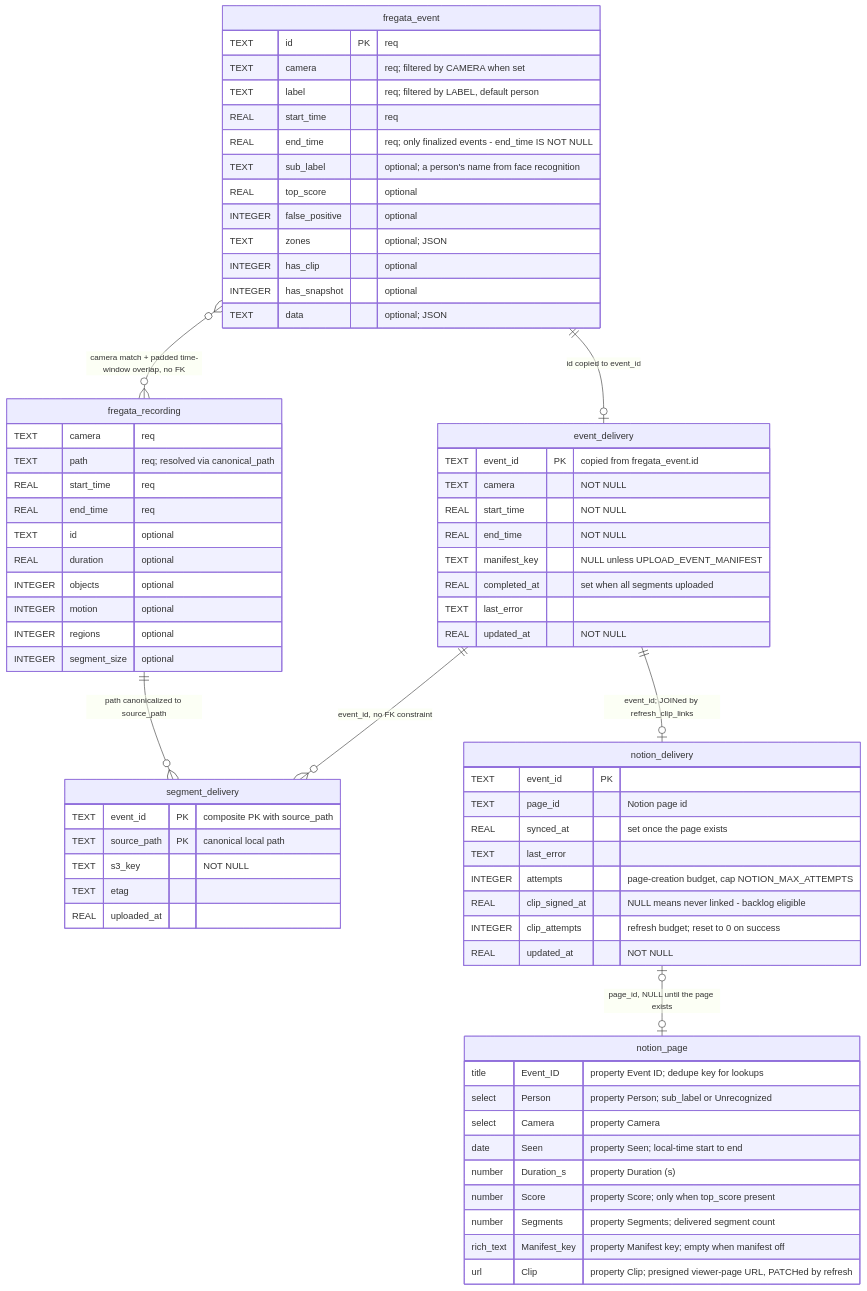
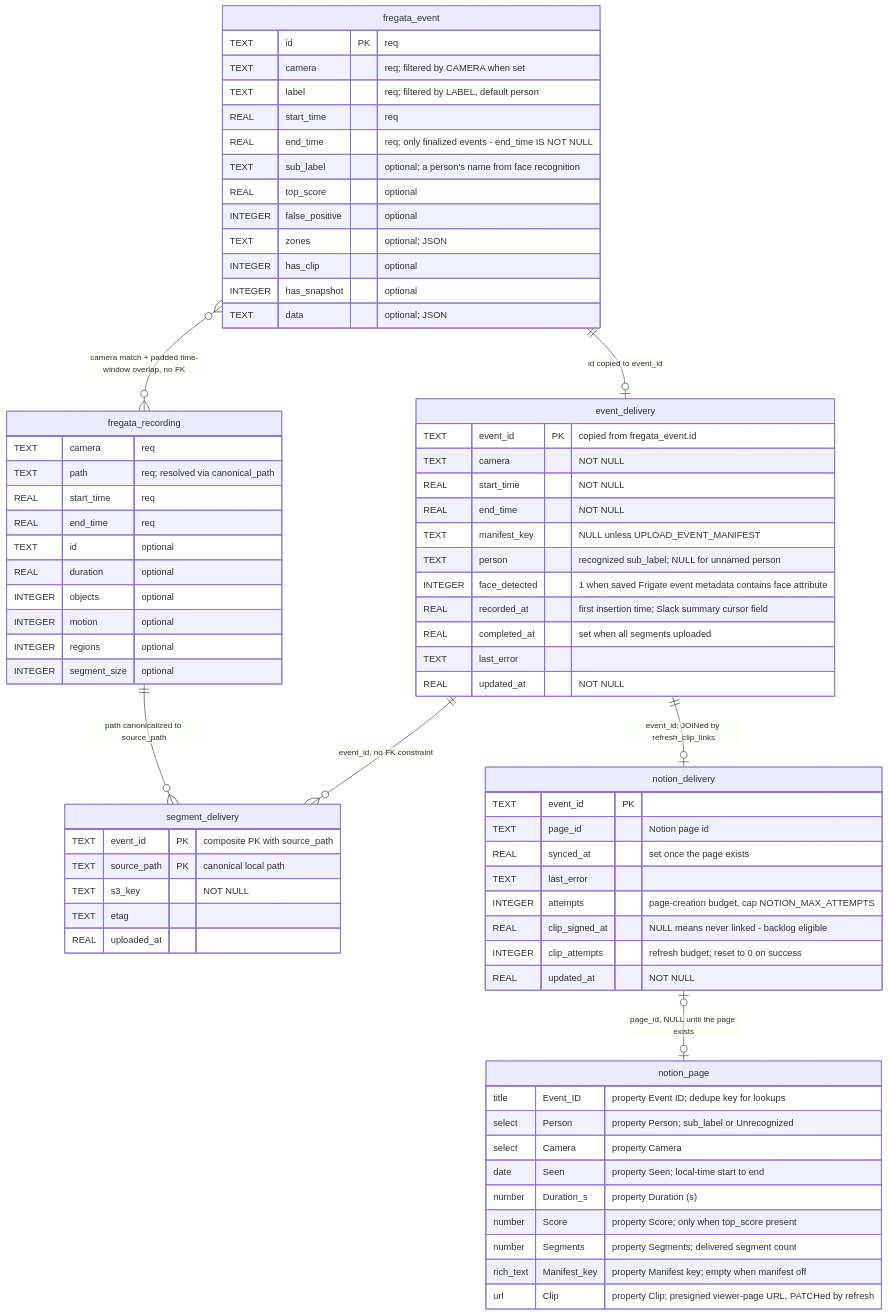
The second of 2 diagrams in ARCHITECTURE.md (Jericho0912/camera-door-automation), drawn with Mermaid before and after one commit. The commit also changed 8 other files, not shown here.

Commit message:
fix(slack): require visible face for unknown summaries

````diff
--- a/ARCHITECTURE.md
+++ b/ARCHITECTURE.md
@@ -92,79 +92,82 @@
 ```mermaid
 erDiagram
     fregata_event {
         TEXT id PK "req"
         TEXT camera "req; filtered by CAMERA when set"
         TEXT label "req; filtered by LABEL, default person"
         REAL start_time "req"
         REAL end_time "req; only finalized events - end_time IS NOT NULL"
         TEXT sub_label "optional; a person's name from face recognition"
         REAL top_score "optional"
         INTEGER false_positive "optional"
         TEXT zones "optional; JSON"
         INTEGER has_clip "optional"
         INTEGER has_snapshot "optional"
         TEXT data "optional; JSON"
     }
 
     fregata_recording {
         TEXT camera "req"
         TEXT path "req; resolved via canonical_path"
         REAL start_time "req"
         REAL end_time "req"
         TEXT id "optional"
         REAL duration "optional"
         INTEGER objects "optional"
         INTEGER motion "optional"
         INTEGER regions "optional"
         INTEGER segment_size "optional"
     }
 
     event_delivery {
         TEXT event_id PK "copied from fregata_event.id"
         TEXT camera "NOT NULL"
         REAL start_time "NOT NULL"
         REAL end_time "NOT NULL"
         TEXT manifest_key "NULL unless UPLOAD_EVENT_MANIFEST"
+        TEXT person "recognized sub_label; NULL for unnamed person"
+        INTEGER face_detected "1 when saved Frigate event metadata contains face attribute"
+        REAL recorded_at "first insertion time; Slack summary cursor field"
         REAL completed_at "set when all segments uploaded"
         TEXT last_error
         REAL updated_at "NOT NULL"
     }
 
     segment_delivery {
         TEXT event_id PK "composite PK with source_path"
         TEXT source_path PK "canonical local path"
         TEXT s3_key "NOT NULL"
         TEXT etag
         REAL uploaded_at
     }
 
     notion_delivery {
         TEXT event_id PK
         TEXT page_id "Notion page id"
         REAL synced_at "set once the page exists"
         TEXT last_error
         INTEGER attempts "page-creation budget, cap NOTION_MAX_ATTEMPTS"
         REAL clip_signed_at "NULL means never linked - backlog eligible"
         INTEGER clip_attempts "refresh budget; reset to 0 on success"
         REAL updated_at "NOT NULL"
     }
 
     notion_page {
         title Event_ID "property Event ID; dedupe key for lookups"
         select Person "property Person; sub_label or Unrecognized"
         select Camera "property Camera"
         date Seen "property Seen; local-time start to end"
         number Duration_s "property Duration (s)"
         number Score "property Score; only when top_score present"
         number Segments "property Segments; delivered segment count"
         rich_text Manifest_key "property Manifest key; empty when manifest off"
         url Clip "property Clip; presigned viewer-page URL, PATCHed by refresh"
     }
 
     fregata_event }o--o{ fregata_recording : "camera match + padded time-window overlap, no FK"
     fregata_event ||--o| event_delivery : "id copied to event_id"
     fregata_recording ||--o{ segment_delivery : "path canonicalized to source_path"
     event_delivery ||--o{ segment_delivery : "event_id, no FK constraint"
     event_delivery ||--o| notion_delivery : "event_id; JOINed by refresh_clip_links"
     notion_delivery |o--o| notion_page : "page_id, NULL until the page exists"
 ```
````
